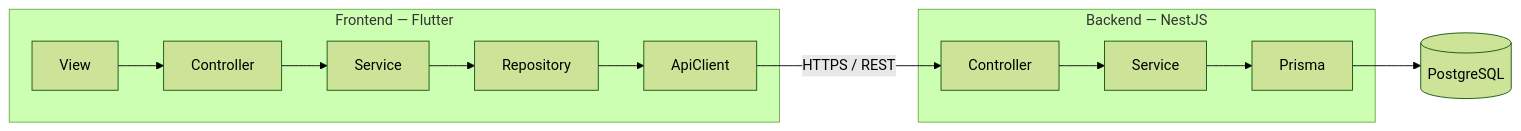
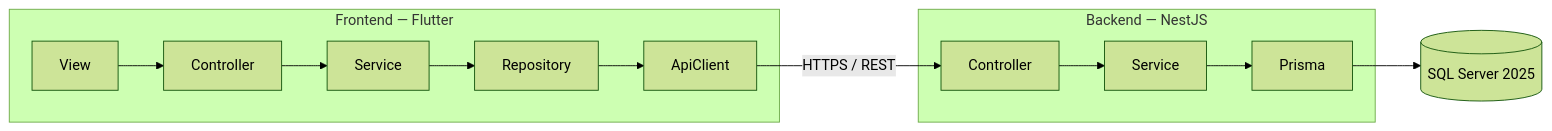
The first of 3 diagrams in frontend/docs/07-arquitetura.md (DanielSameque/Otzar), drawn with Mermaid (forest theme) before and after one commit. The commit also changed 13 other files, not shown here.

Commit message:
Refactor backend to switch from PostgreSQL to SQL Server 2025. Update environment configuration, Docker setup, and Prisma integration. Modify documentation to reflect changes in database technology and connection details. Ensure compatibility with Azure SQL Database for production deployment.

````diff
--- a/frontend/docs/07-arquitetura.md
+++ b/frontend/docs/07-arquitetura.md
@@ -13,17 +13,17 @@
 ```mermaid
 flowchart LR
     subgraph Frontend["Frontend — Flutter"]
         V["View"] --> C["Controller"]
         C --> S["Service"]
         S --> R["Repository"]
         R --> AC["ApiClient"]
     end
 
     subgraph Backend["Backend — NestJS"]
         CT["Controller"] --> BS["Service"]
         BS --> PR["Prisma"]
     end
 
     AC -->|"HTTPS / REST"| CT
-    PR --> DB[("PostgreSQL")]
+    PR --> DB[("SQL Server 2025")]
 ```
````
